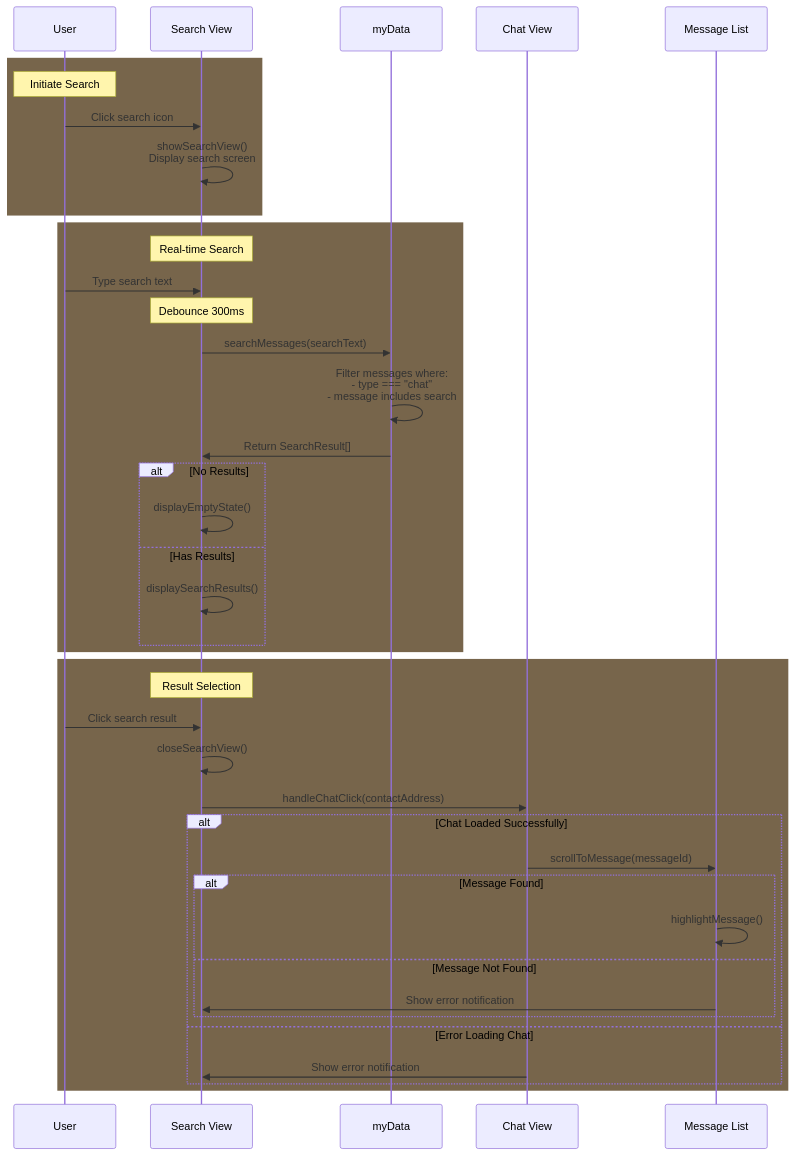
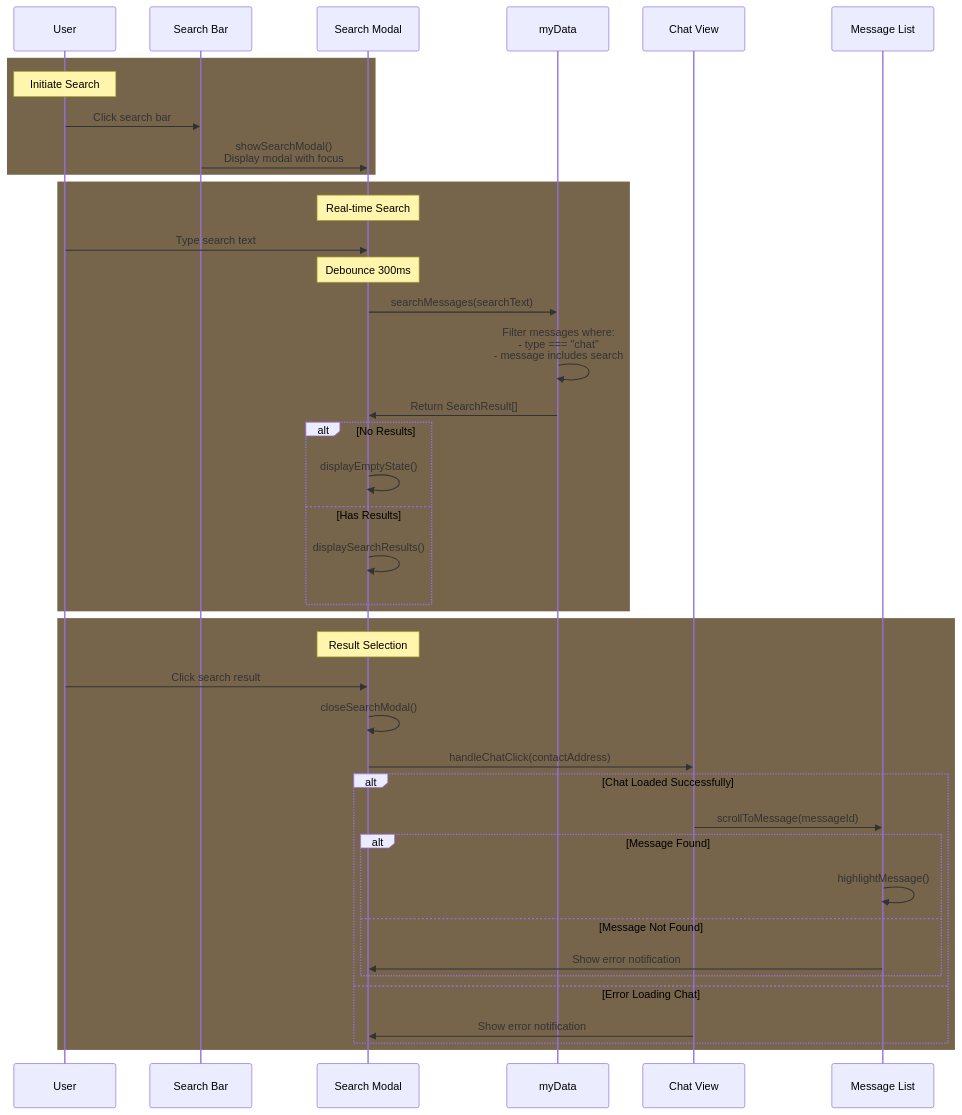
The diagram in data_structures_flow/chat-search-flow.md (silver83p/web-client-v2), drawn with Mermaid before and after one commit. The commit also changed other lines of this file, not shown here.

First line of the commit message:
Refactor chat search to use modal-based search interface

````diff
--- a/data_structures_flow/chat-search-flow.md
+++ b/data_structures_flow/chat-search-flow.md
@@ -17,45 +17,46 @@
 ```mermaid
 sequenceDiagram
     participant User
-    participant Search as Search View
+    participant SearchBar as Search Bar
+    participant Modal as Search Modal
     participant Data as myData
     participant Chat as Chat View
     participant Message as Message List
 
     rect rgb(119, 101, 75)
         Note over User: Initiate Search
-        User->>Search: Click search icon
-        Search->>Search: showSearchView()<br/>Display search screen
+        User->>SearchBar: Click search bar
+        SearchBar->>Modal: showSearchModal()<br/>Display modal with focus
     end
 
     rect rgb(119, 101, 75)
-        Note over Search: Real-time Search
-        User->>Search: Type search text
-        Note over Search: Debounce 300ms
-        Search->>Data: searchMessages(searchText)
+        Note over Modal: Real-time Search
+        User->>Modal: Type search text
+        Note over Modal: Debounce 300ms
+        Modal->>Data: searchMessages(searchText)
         Data->>Data: Filter messages where:<br/>- type === "chat"<br/>- message includes search
-        Data->>Search: Return SearchResult[]
+        Data->>Modal: Return SearchResult[]
         alt No Results
-            Search->>Search: displayEmptyState()
+            Modal->>Modal: displayEmptyState()
         else Has Results
-            Search->>Search: displaySearchResults()
+            Modal->>Modal: displaySearchResults()
         end
     end
 
     rect rgb(119, 101, 75)
-        Note over Search: Result Selection
-        User->>Search: Click search result
-        Search->>Search: closeSearchView()
-        Search->>Chat: handleChatClick(contactAddress)
+        Note over Modal: Result Selection
+        User->>Modal: Click search result
+        Modal->>Modal: closeSearchModal()
+        Modal->>Chat: handleChatClick(contactAddress)
         alt Chat Loaded Successfully
             Chat->>Message: scrollToMessage(messageId)
             alt Message Found
                 Message->>Message: highlightMessage()
             else Message Not Found
-                Message->>Search: Show error notification
+                Message->>Modal: Show error notification
             end
         else Error Loading Chat
-            Chat->>Search: Show error notification
+            Chat->>Modal: Show error notification
         end
     end
 ```
````
